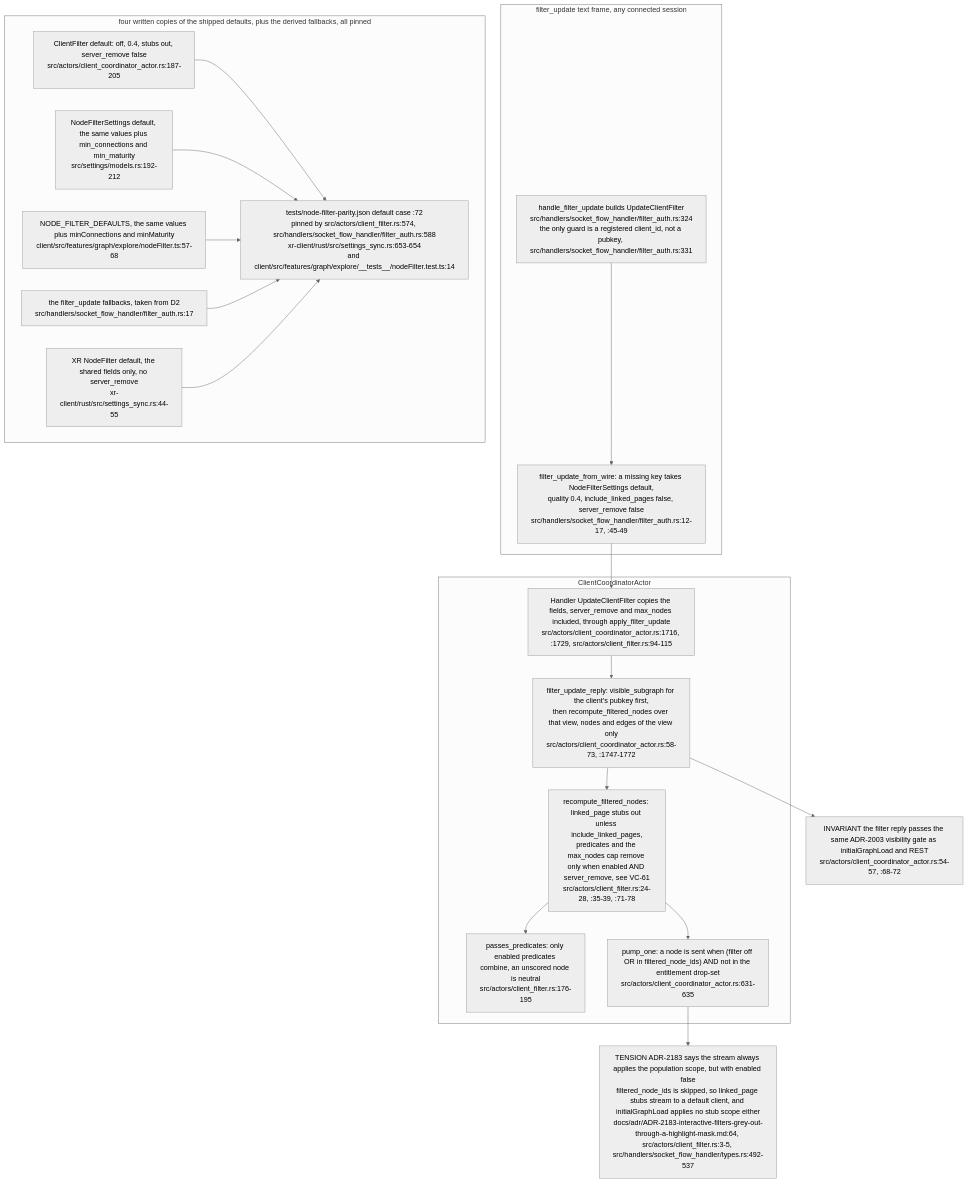
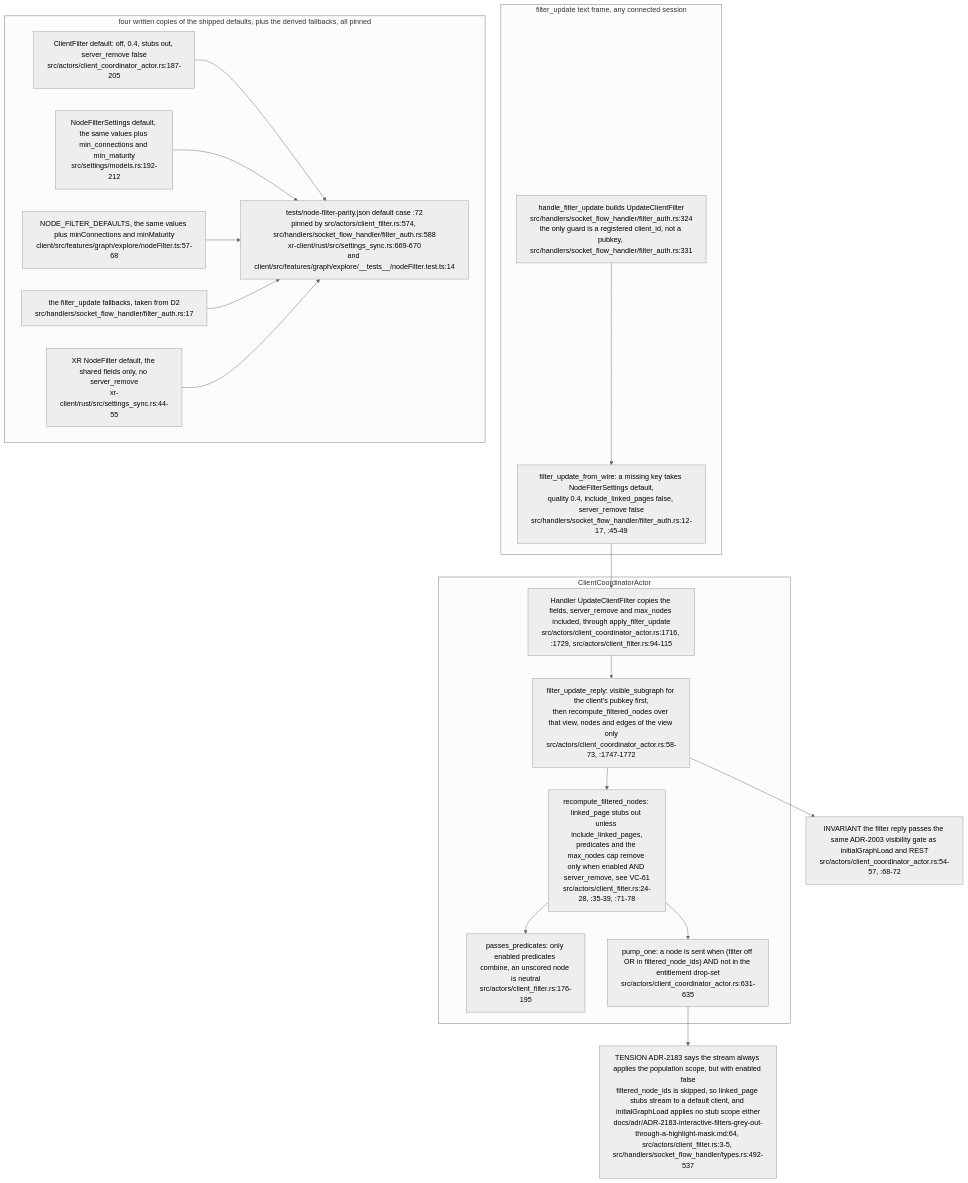
The eighth of 9 diagrams in docs/diagrams/visionclaw/13-broadcast-pipeline-and-websocket.md (DreamLab-AI/VisionFlow), drawn with Mermaid (neutral theme) before and after one commit. The commit also changed other lines of this file and 17 other files, not shown here.

````diff
--- a/docs/diagrams/visionclaw/13-broadcast-pipeline-and-websocket.md
+++ b/docs/diagrams/visionclaw/13-broadcast-pipeline-and-websocket.md
@@ -459,33 +459,33 @@
 ```mermaid
 flowchart TB
     subgraph IN["filter_update text frame, any connected session"]
         FU["handle_filter_update builds UpdateClientFilter<br/>src/handlers/socket_flow_handler/filter_auth.rs:324<br/>the only guard is a registered client_id, not a pubkey, src/handlers/socket_flow_handler/filter_auth.rs:331"]
         FB["filter_update_from_wire: a missing key takes NodeFilterSettings default,<br/>quality 0.4, include_linked_pages false, server_remove false<br/>src/handlers/socket_flow_handler/filter_auth.rs:12-17, :45-49"]
         FU --> FB
     end
     subgraph CC["ClientCoordinatorActor"]
         UH["Handler UpdateClientFilter copies the fields, server_remove and max_nodes included, through apply_filter_update<br/>src/actors/client_coordinator_actor.rs:1716, :1729, src/actors/client_filter.rs:94-115"]
         REP["filter_update_reply: visible_subgraph for the client's pubkey first,<br/>then recompute_filtered_nodes over that view, nodes and edges of the view only<br/>src/actors/client_coordinator_actor.rs:58-73, :1747-1772"]
         RC["recompute_filtered_nodes: linked_page stubs out unless include_linked_pages,<br/>predicates and the max_nodes cap remove only when enabled AND server_remove, see VC-61<br/>src/actors/client_filter.rs:24-28, :35-39, :71-78"]
         PR["passes_predicates: only enabled predicates combine, an unscored node is neutral<br/>src/actors/client_filter.rs:176-195"]
         PUMP["pump_one: a node is sent when (filter off OR in filtered_node_ids) AND not in the entitlement drop-set<br/>src/actors/client_coordinator_actor.rs:631-635"]
         UH --> REP --> RC --> PR
         RC --> PUMP
     end
     subgraph DEF["four written copies of the shipped defaults, plus the derived fallbacks, all pinned"]
         D1["ClientFilter default: off, 0.4, stubs out, server_remove false<br/>src/actors/client_coordinator_actor.rs:187-205"]
         D2["NodeFilterSettings default, the same values plus min_connections and min_maturity<br/>src/settings/models.rs:192-212"]
         D3["NODE_FILTER_DEFAULTS, the same values plus minConnections and minMaturity<br/>client/src/features/graph/explore/nodeFilter.ts:57-68"]
         D5["XR NodeFilter default, the shared fields only, no server_remove<br/>xr-client/rust/src/settings_sync.rs:44-55"]
         D4["the filter_update fallbacks, taken from D2<br/>src/handlers/socket_flow_handler/filter_auth.rs:17"]
-        FIX["tests/node-filter-parity.json default case :72<br/>pinned by src/actors/client_filter.rs:574, src/handlers/socket_flow_handler/filter_auth.rs:588<br/>xr-client/rust/src/settings_sync.rs:653-654<br/>and client/src/features/graph/explore/__tests__/nodeFilter.test.ts:14"]
+        FIX["tests/node-filter-parity.json default case :72<br/>pinned by src/actors/client_filter.rs:574, src/handlers/socket_flow_handler/filter_auth.rs:588<br/>xr-client/rust/src/settings_sync.rs:669-670<br/>and client/src/features/graph/explore/__tests__/nodeFilter.test.ts:14"]
         D1 --> FIX
         D2 --> FIX
         D3 --> FIX
         D4 --> FIX
         D5 --> FIX
     end
     FB --> UH
     REP --> I1["INVARIANT the filter reply passes the same ADR-2003 visibility gate as initialGraphLoad and REST<br/>src/actors/client_coordinator_actor.rs:54-57, :68-72"]
     PUMP --> T2["TENSION ADR-2183 says the stream always applies the population scope, but with enabled false<br/>filtered_node_ids is skipped, so linked_page stubs stream to a default client, and initialGraphLoad applies no stub scope either<br/>docs/adr/ADR-2183-interactive-filters-grey-out-through-a-highlight-mask.md:64, src/actors/client_filter.rs:3-5, src/handlers/socket_flow_handler/types.rs:492-537"]
 ```
````
